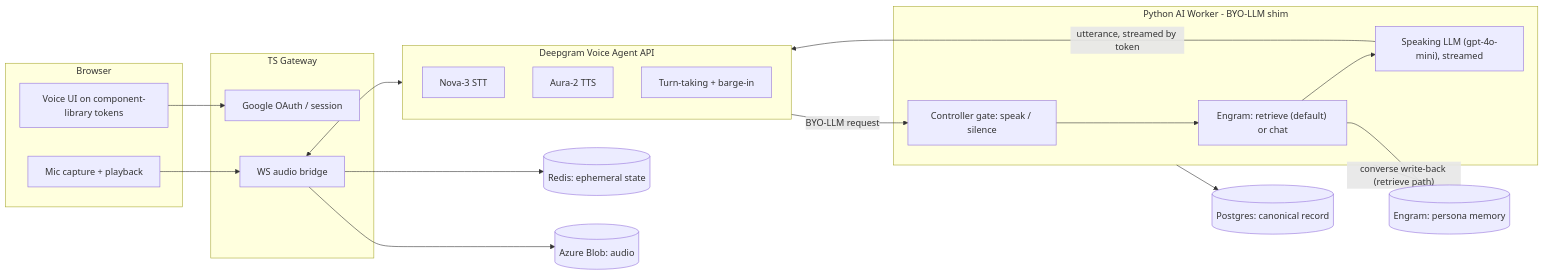
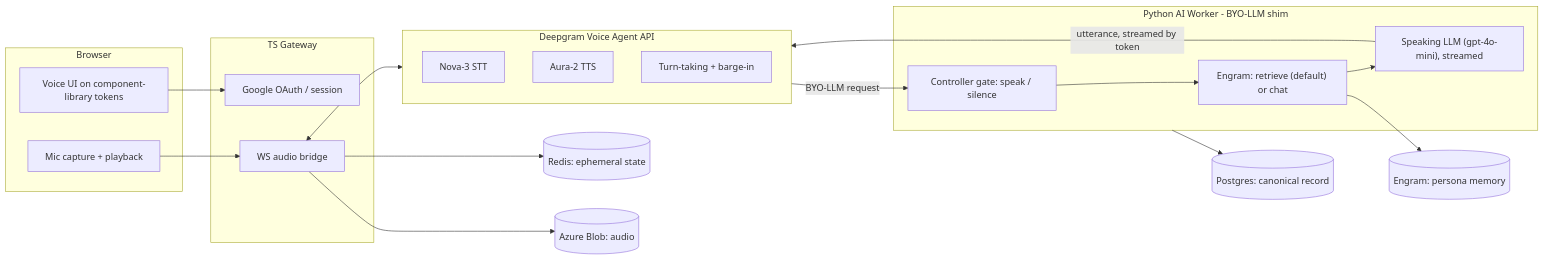
The first of 2 diagrams in docs/TRD.md (m-tauqueer/voice-bot), drawn with Mermaid before and after one commit. The commit also changed other lines of this file and 34 other files, not shown here.

````diff
--- a/docs/TRD.md
+++ b/docs/TRD.md
@@ -68,42 +68,41 @@
 ```mermaid
 flowchart LR
   subgraph client [Browser]
     mic["Mic capture + playback"]
     ui["Voice UI on component-library tokens"]
   end
 
   subgraph gw [TS Gateway]
     auth["Google OAuth / session"]
     bridge["WS audio bridge"]
   end
 
   subgraph dg [Deepgram Voice Agent API]
     stt["Nova-3 STT"]
     tts["Aura-2 TTS"]
     turns["Turn-taking + barge-in"]
   end
 
   subgraph worker [Python AI Worker - BYO-LLM shim]
     ctl["Controller gate: speak / silence"]
     brain["Engram: retrieve (default) or chat"]
     reframe["Speaking LLM (gpt-4o-mini), streamed"]
   end
 
   redis[("Redis: ephemeral state")]
   pg[("Postgres: canonical record")]
   blob[("Azure Blob: audio")]
   engram[("Engram: persona memory")]
 
   mic --> bridge
   ui --> auth
   bridge <--> dg
   dg -->|"BYO-LLM request"| ctl
   ctl --> brain
   brain --> engram
   brain --> reframe
   reframe -->|"utterance, streamed by token"| dg
-  worker -->|"converse write-back (retrieve path)"| engram
   bridge --> redis
   worker --> pg
   bridge --> blob
 ```
````
